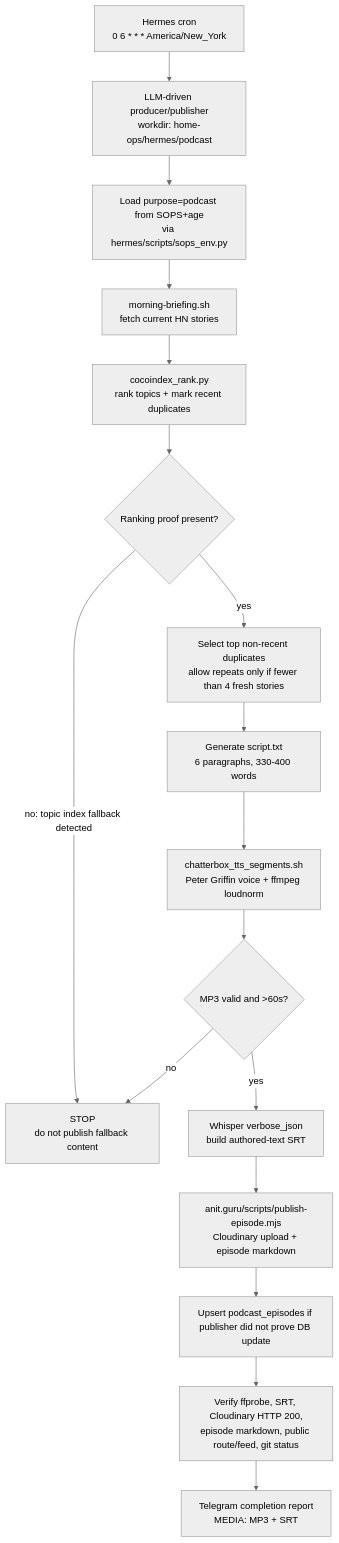
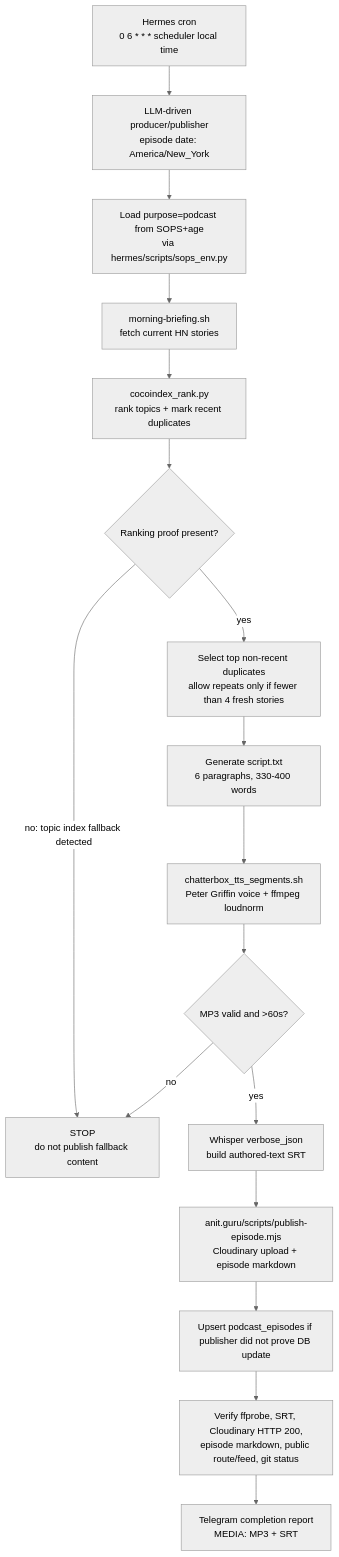
One commit to anitguru/home-ops changed the diagram in hermes/podcast/README.md. Above: the diagram before and after it, drawn with Mermaid (neutral theme). The commit also changed other lines of this file and 1 other file, not shown here.

Commit message:
docs: refresh podcast production runbook

````diff
--- a/hermes/podcast/README.md
+++ b/hermes/podcast/README.md
@@ -34,19 +34,19 @@
 ```mermaid
 flowchart TD
-    Cron["Hermes cron<br/>0 6 * * * America/New_York"] --> Producer["LLM-driven producer/publisher<br/>workdir: home-ops/hermes/podcast"]
+    Cron["Hermes cron<br/>0 6 * * * scheduler local time"] --> Producer["LLM-driven producer/publisher<br/>episode date: America/New_York"]
     Producer --> Env["Load purpose=podcast from SOPS+age<br/>via hermes/scripts/sops_env.py"]
     Env --> Fetch["morning-briefing.sh<br/>fetch current HN stories"]
     Fetch --> Rank["cocoindex_rank.py<br/>rank topics + mark recent duplicates"]
     Rank --> Proof{"Ranking proof present?"}
     Proof -->|"no: topic index fallback detected"| Stop["STOP<br/>do not publish fallback content"]
     Proof -->|"yes"| Select["Select top non-recent duplicates<br/>allow repeats only if fewer than 4 fresh stories"]
     Select --> Script["Generate script.txt<br/>6 paragraphs, 330-400 words"]
     Script --> TTS["chatterbox_tts_segments.sh<br/>Peter Griffin voice + ffmpeg loudnorm"]
     TTS --> AudioCheck{"MP3 valid and >60s?"}
     AudioCheck -->|"no"| Stop
     AudioCheck -->|"yes"| Captions["Whisper verbose_json<br/>build authored-text SRT"]
     Captions --> Publish["anit.guru/scripts/publish-episode.mjs<br/>Cloudinary upload + episode markdown"]
     Publish --> DB["Upsert podcast_episodes if publisher did not prove DB update"]
     DB --> Verify["Verify ffprobe, SRT, Cloudinary HTTP 200,<br/>episode markdown, public route/feed, git status"]
     Verify --> Report["Telegram completion report<br/>MEDIA: MP3 + SRT"]
 ```
````
